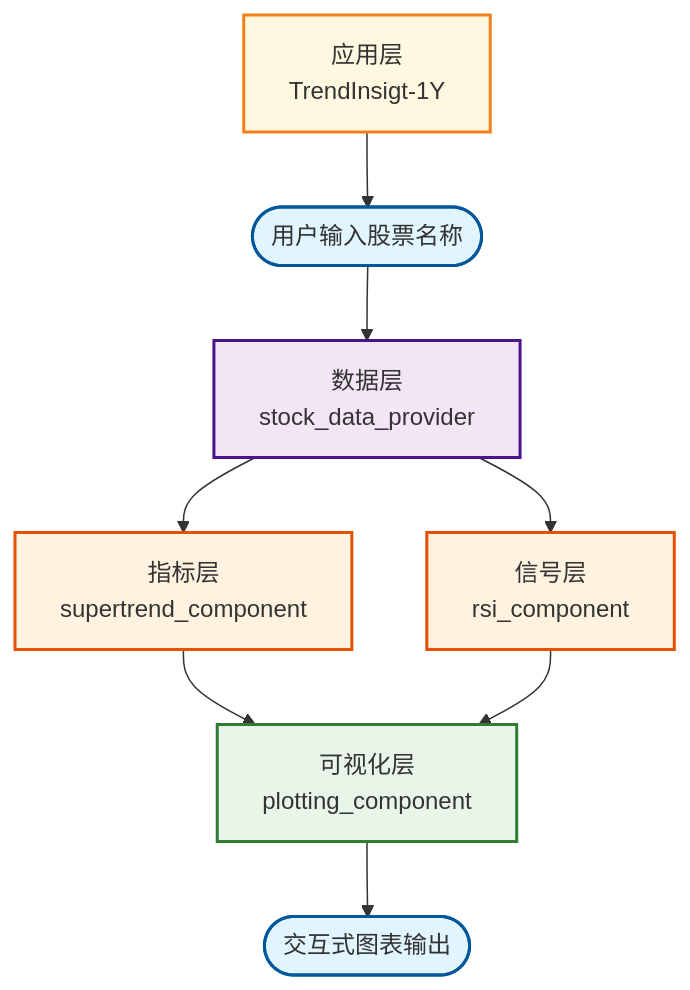
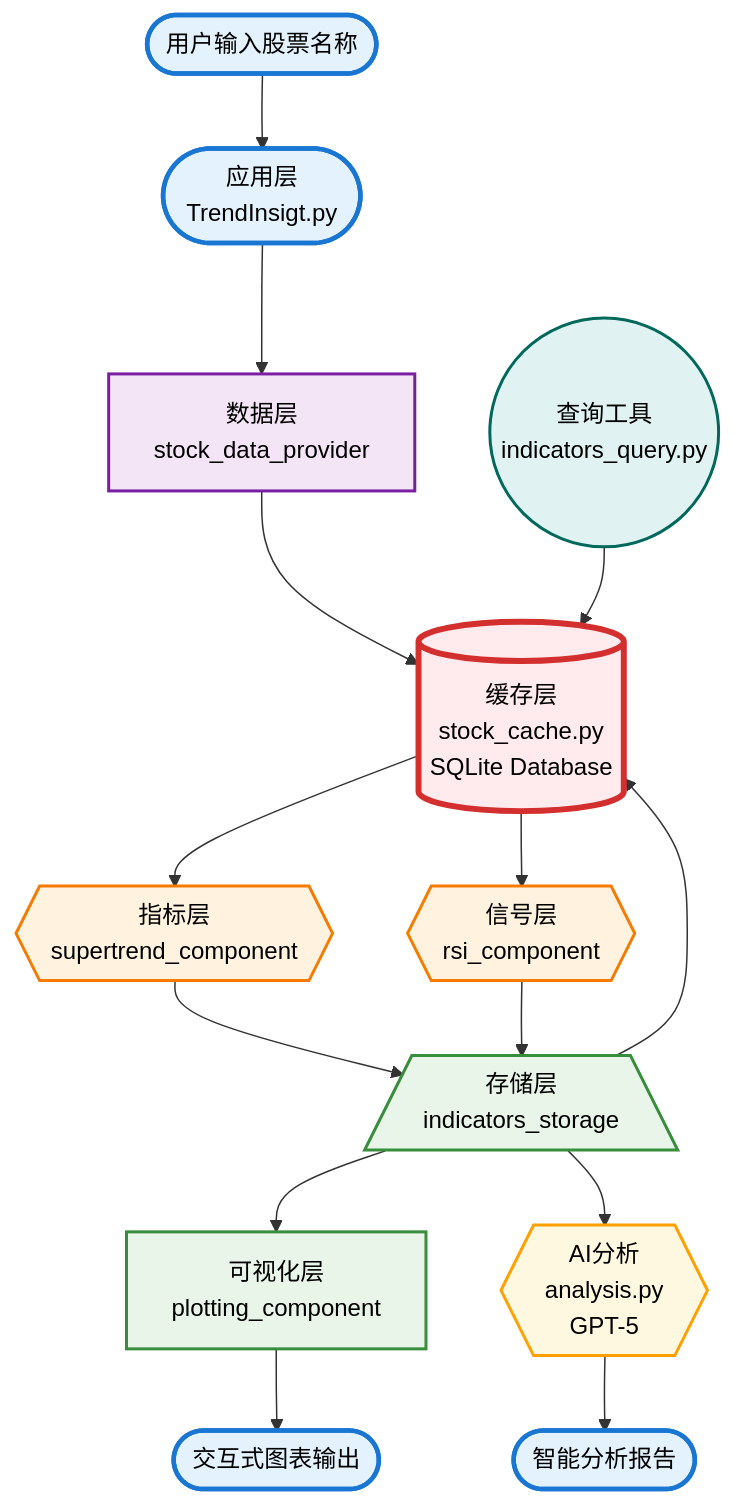
One commit to jerlinn/PulseTrader changed the first of 3 diagrams in Readme.md. Above: the diagram before and after it, drawn with Mermaid. The commit also changed other lines of this file and 13 other files, not shown here.

````diff
--- a/Readme.md
+++ b/Readme.md
@@ -38,18 +38,57 @@
 ```mermaid
 graph TD
-    A([用户输入股票名称]) --> B[数据层<br/>stock_data_provider]
-    B --> C[指标层<br/>supertrend_component]
-    B --> D[信号层<br/>rsi_component]
-    C --> E[可视化层<br/>plotting_component]
-    D --> E
-    E --> F([交互式图表输出])
-    G[应用层<br/>TrendInsigt-1Y] --> A
+    %% 用户交互层 - 圆角矩形
+    USER([用户输入股票名称]) --> APP([应用层<br/>TrendInsigt.py])
     
-    style A fill:#e1f5fe,stroke:#01579b,stroke-width:2px
-    style B fill:#f3e5f5,stroke:#4a148c,stroke-width:2px
-    style C fill:#fff3e0,stroke:#e65100,stroke-width:2px
-    style D fill:#fff3e0,stroke:#e65100,stroke-width:2px
-    style E fill:#e8f5e8,stroke:#2e7d32,stroke-width:2px
-    style F fill:#e1f5fe,stroke:#01579b,stroke-width:2px
-    style G fill:#fff8e1,stroke:#f57f17,stroke-width:2px
+    %% 数据处理层 - 矩形
+    APP --> DATA[数据层<br/>stock_data_provider]
+    DATA --> CACHE[(缓存层<br/>stock_cache.py<br/>SQLite Database)]
+    
+    %% 计算引擎层 - 六边形
+    CACHE --> SUPER{{指标层<br/>supertrend_component}}
+    CACHE --> RSI{{信号层<br/>rsi_component}}
+    
+    %% 存储管理层 - 梯形
+    SUPER --> STORE[/存储层<br/>indicators_storage\]
+    RSI --> STORE
+    STORE --> CACHE
+    
+    %% 输出层 - 圆角矩形和菱形
+    STORE --> VIZ[可视化层<br/>plotting_component]
+    VIZ --> CHART([交互式图表输出])
+    
+    %% AI 分析层 - 云形状
+    STORE --> AI{{AI分析<br/>analysis.py<br/>GPT-5}}
+    AI --> REPORT([智能分析报告])
+    
+    %% 工具层 - 圆形
+    QUERY((查询工具<br/>indicators_query.py)) --> CACHE
+    
+    %% 用户交互层样式 - 蓝色系
+    classDef userLayer fill:#e3f2fd,stroke:#1976d2,stroke-width:3px,color:#000
+    class USER,APP,CHART,REPORT userLayer
+    
+    %% 数据层样式 - 紫色系
+    classDef dataLayer fill:#f3e5f5,stroke:#7b1fa2,stroke-width:2px,color:#000
+    class DATA dataLayer
+    
+    %% 存储层样式 - 红色系，加粗边框表示核心
+    classDef storageLayer fill:#ffebee,stroke:#d32f2f,stroke-width:4px,color:#000
+    class CACHE storageLayer
+    
+    %% 计算层样式 - 橙色系
+    classDef computeLayer fill:#fff3e0,stroke:#f57c00,stroke-width:2px,color:#000
+    class SUPER,RSI computeLayer
+    
+    %% 存储管理样式 - 绿色系
+    classDef mgmtLayer fill:#e8f5e8,stroke:#388e3c,stroke-width:2px,color:#000
+    class STORE,VIZ mgmtLayer
+    
+    %% AI层样式 - 黄色系
+    classDef aiLayer fill:#fff8e1,stroke:#ffa000,stroke-width:2px,color:#000
+    class AI aiLayer
+    
+    %% 工具层样式 - 青色系
+    classDef toolLayer fill:#e0f2f1,stroke:#00695c,stroke-width:2px,color:#000
+    class QUERY toolLayer
 ```
````
